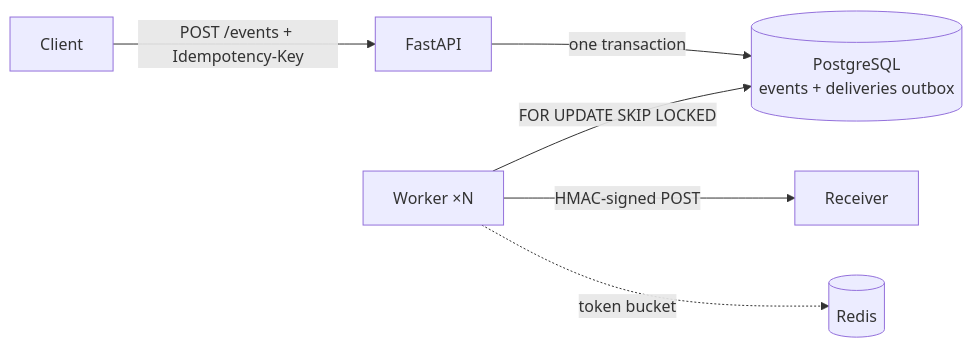
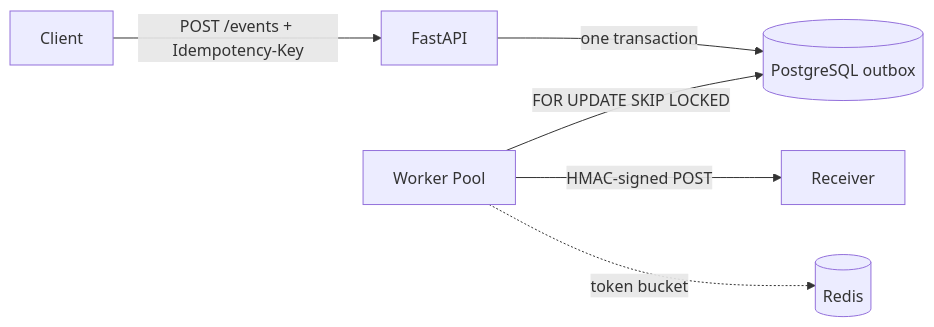
Before and after one commit to Ezed9/webhook-delivery: the first of 2 diagrams in README.md, drawn with Mermaid. The commit also changed 7 other files, not shown here.

````diff
--- a/README.md
+++ b/README.md
@@ -14,8 +14,8 @@
 ```mermaid
 flowchart LR
     C[Client] -->|"POST /events + Idempotency-Key"| A[FastAPI]
-    A -->|"one transaction"| P[(PostgreSQL<br/>events + deliveries outbox)]
-    W1["Worker ×N"] -->|"FOR UPDATE SKIP LOCKED"| P
+    A -->|"one transaction"| P[(PostgreSQL outbox)]
+    W1["Worker Pool"] -->|"FOR UPDATE SKIP LOCKED"| P
     W1 -->|"HMAC-signed POST"| R[Receiver]
     W1 -.->|"token bucket"| K[(Redis)]
 ```
````
